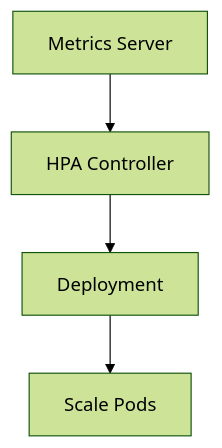
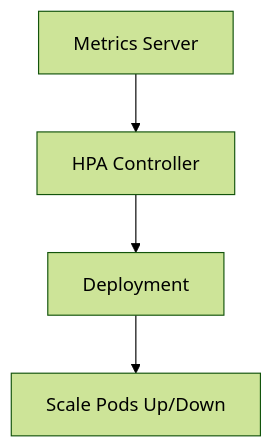
Diagram 11 of 30 in README.md (Devopstrio/hybrid-kubernetes-pattern), drawn with Mermaid (forest theme) before and after one commit. The commit also changed other lines of this file, not shown here.

Commit message:
docs: finalize premium institutional-grade README with 30+ diagrams and executive summary

````diff
--- a/README.md
+++ b/README.md
@@ -121,6 +164,6 @@
 ```mermaid
 graph TD
     M[Metrics Server] --> HPA[HPA Controller]
     HPA --> Deploy[Deployment]
-    Deploy --> Pods[Scale Pods]
+    Deploy --> Pods[Scale Pods Up/Down]
 ```
````
